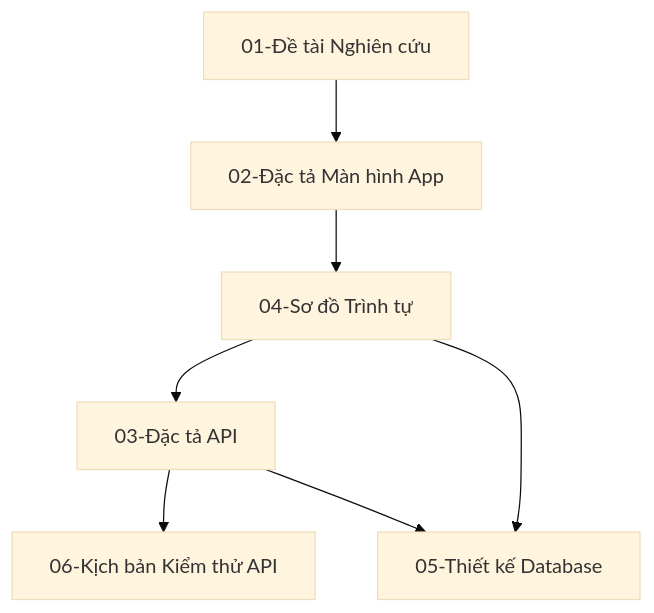
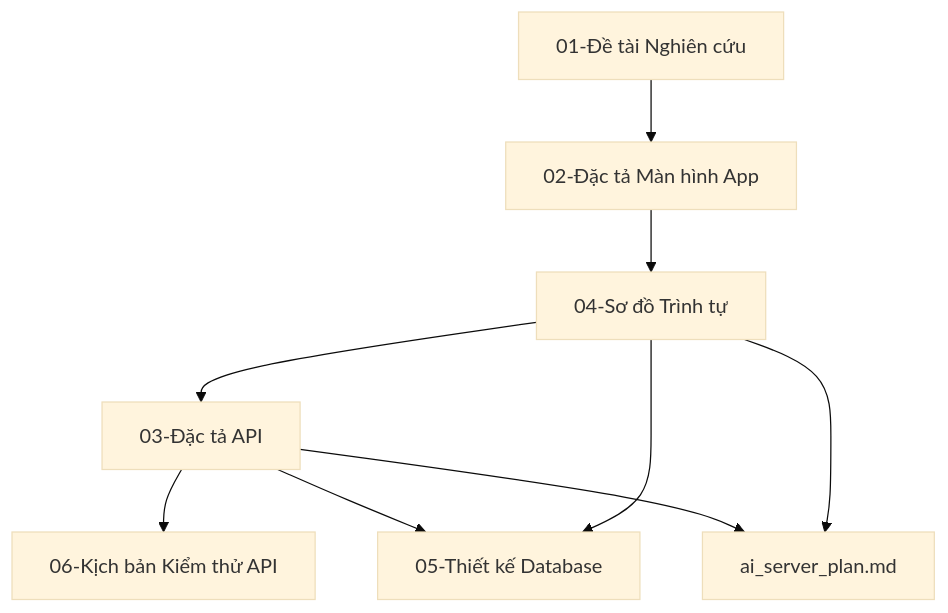
One commit to trungnguyenthien/Wildlife-Warning-and-Deterrence-System changed the first of 4 diagrams in docs/README.md. Above: the diagram before and after it, drawn with Mermaid (base theme). The commit also changed other lines of this file and 10 other files, not shown here.

````diff
--- a/docs/README.md
+++ b/docs/README.md
@@ -46,9 +48,11 @@
 ```mermaid
 graph TD
     01[01-Đề tài Nghiên cứu] --> 02[02-Đặc tả Màn hình App]
     02 --> 04[04-Sơ đồ Trình tự]
     04 --> 03[03-Đặc tả API]
     03 --> 06[06-Kịch bản Kiểm thử API]
     03 --> 05[05-Thiết kế Database]
     04 --> 05
+    03 --> AIPlan[ai_server_plan.md]
+    04 --> AIPlan
 ```
````
